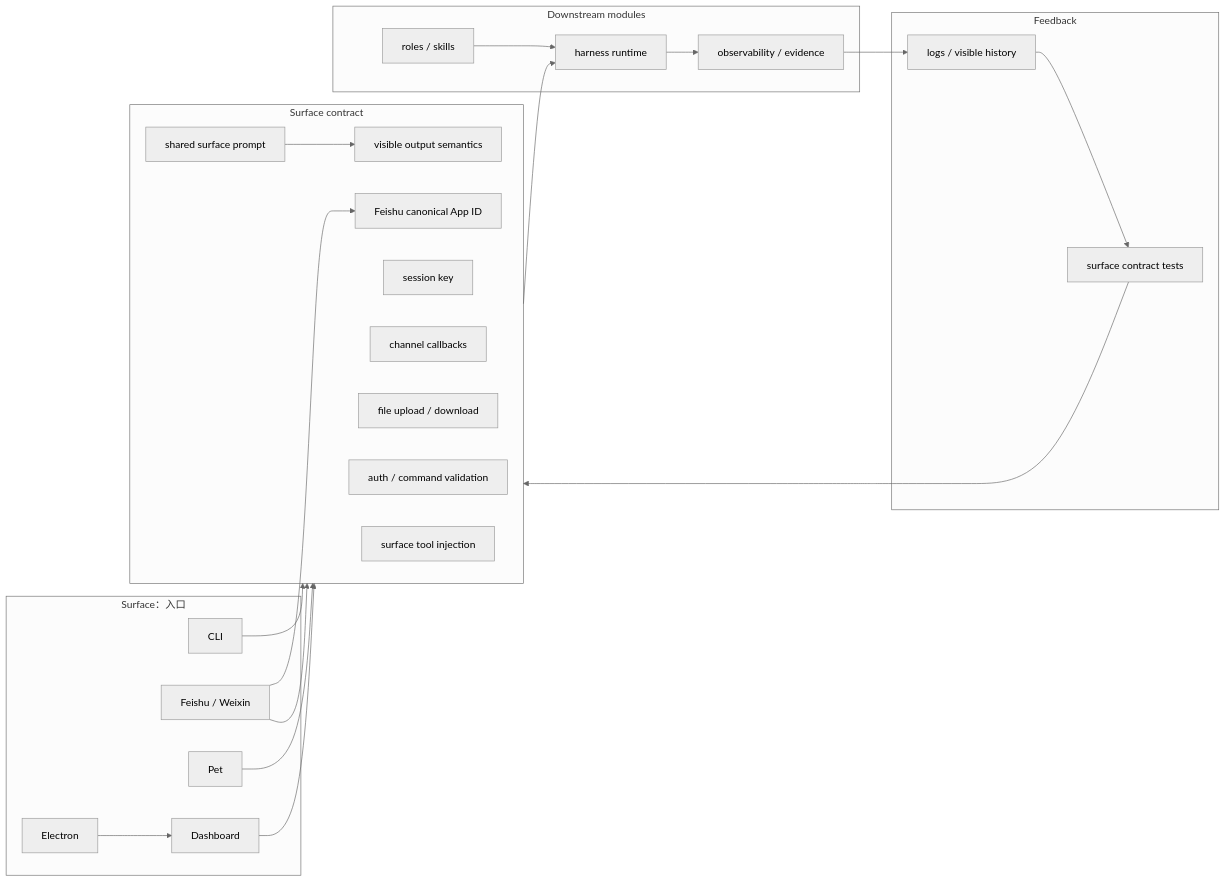
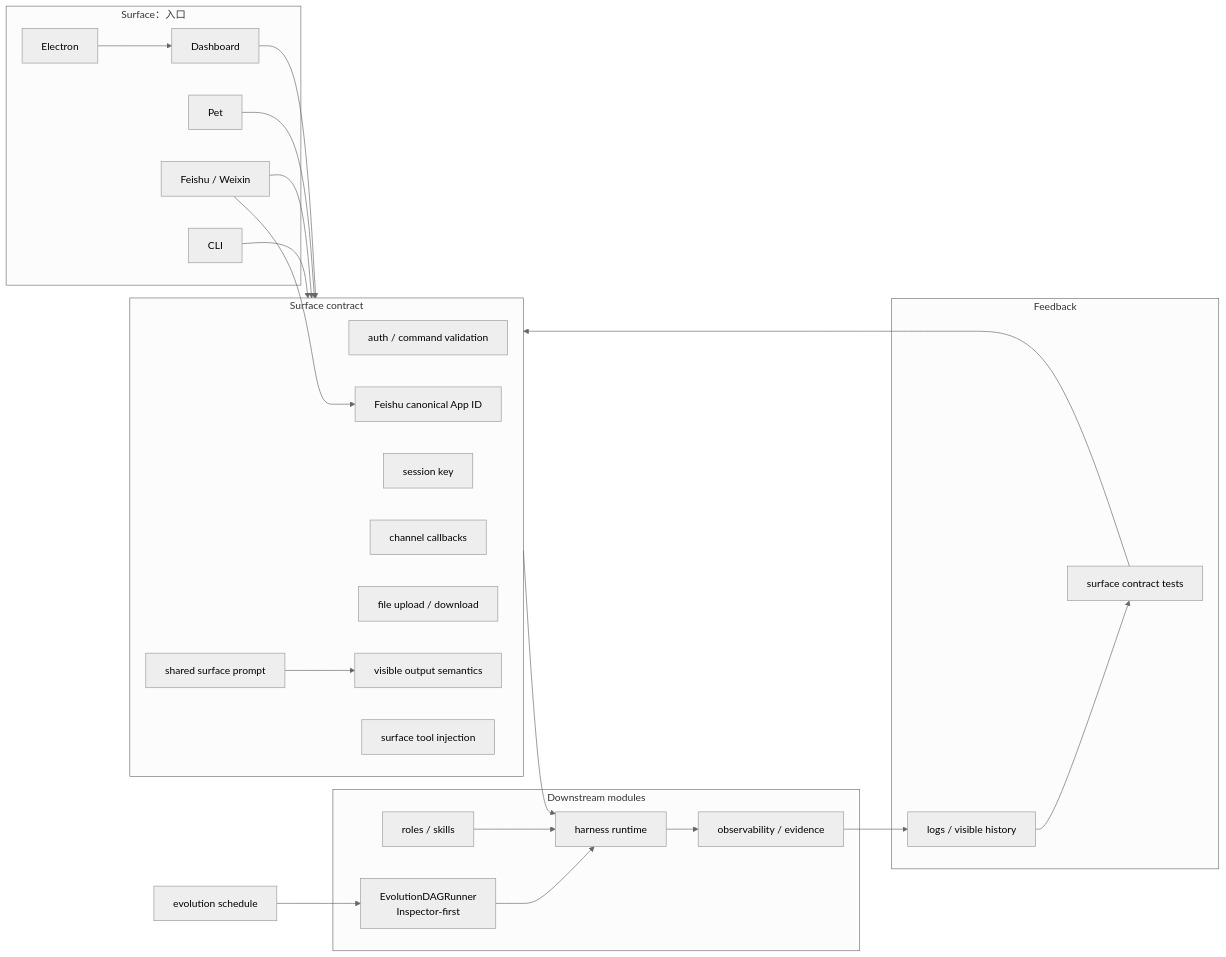
The second of 2 diagrams in docs/surface/SPEC.md (fightheyyy/XiaoBa-CLI), drawn with Mermaid (neutral theme) before and after one commit. The commit also changed other lines of this file and 103 other files, not shown here.

````diff
--- a/docs/surface/SPEC.md
+++ b/docs/surface/SPEC.md
@@ -111,46 +115,49 @@
 ```mermaid
 flowchart LR
     subgraph Surfaces["Surface：入口"]
         CLI["CLI"]
         IM["Feishu / Weixin"]
         Pet["Pet"]
         Dashboard["Dashboard"]
         Desktop["Electron"]
     end
 
     subgraph Contract["Surface contract"]
         Auth["auth / command validation"]
         AppIdentity["Feishu canonical App ID"]
         SessionKey["session key"]
         Callbacks["channel callbacks"]
         FileIO["file upload / download"]
         Prompt["shared surface prompt"]
         VisibleOutput["visible output semantics"]
         SurfaceTools["surface tool injection"]
     end
 
     subgraph Runtime["Downstream modules"]
         Harness["harness runtime"]
         Policy["roles / skills"]
         Evidence["observability / evidence"]
+        EvolutionDAG["EvolutionDAGRunner<br/>Inspector-first"]
     end
 
     subgraph Feedback["Feedback"]
         Logs["logs / visible history"]
         Tests["surface contract tests"]
     end
 
     CLI --> Contract
     IM --> Contract
     Pet --> Contract
     Dashboard --> Contract
     Desktop --> Dashboard
+    Schedule["evolution schedule"] --> EvolutionDAG
     Prompt --> VisibleOutput
     IM --> AppIdentity
     Contract --> Harness
+    EvolutionDAG --> Harness
     Policy --> Harness
     Harness --> Evidence
     Evidence --> Logs
     Logs --> Tests
     Tests --> Contract
 ```
````
